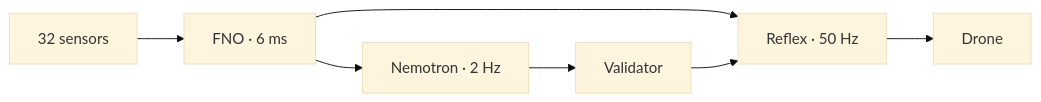
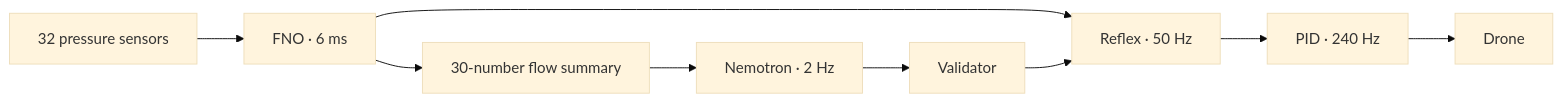
One commit to r00tnomade/aeroagent changed the diagram in README.md. Above: the diagram before and after it, drawn with Mermaid (base theme). The commit also changed other lines of this file, not shown here.

````diff
--- a/README.md
+++ b/README.md
@@ -39,5 +43,5 @@
 ```mermaid
 flowchart LR
-  S[32 sensors] --> F[FNO · 6 ms] --> R[Reflex · 50 Hz] --> D[Drone]
-  F --> N[Nemotron · 2 Hz] --> V[Validator] --> R
+  S[32 pressure sensors] --> F[FNO · 6 ms] --> R[Reflex · 50 Hz] --> P[PID · 240 Hz] --> D[Drone]
+  F --> X[30-number flow summary] --> N[Nemotron · 2 Hz] --> V[Validator] --> R
 ```
````
